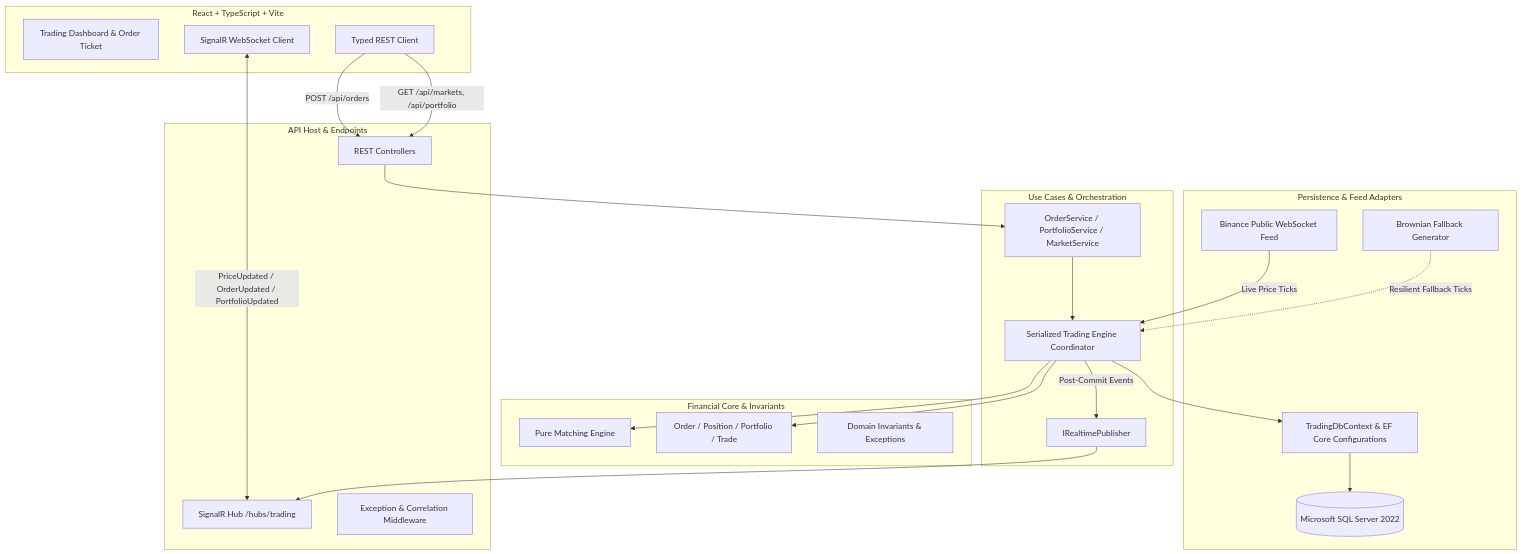
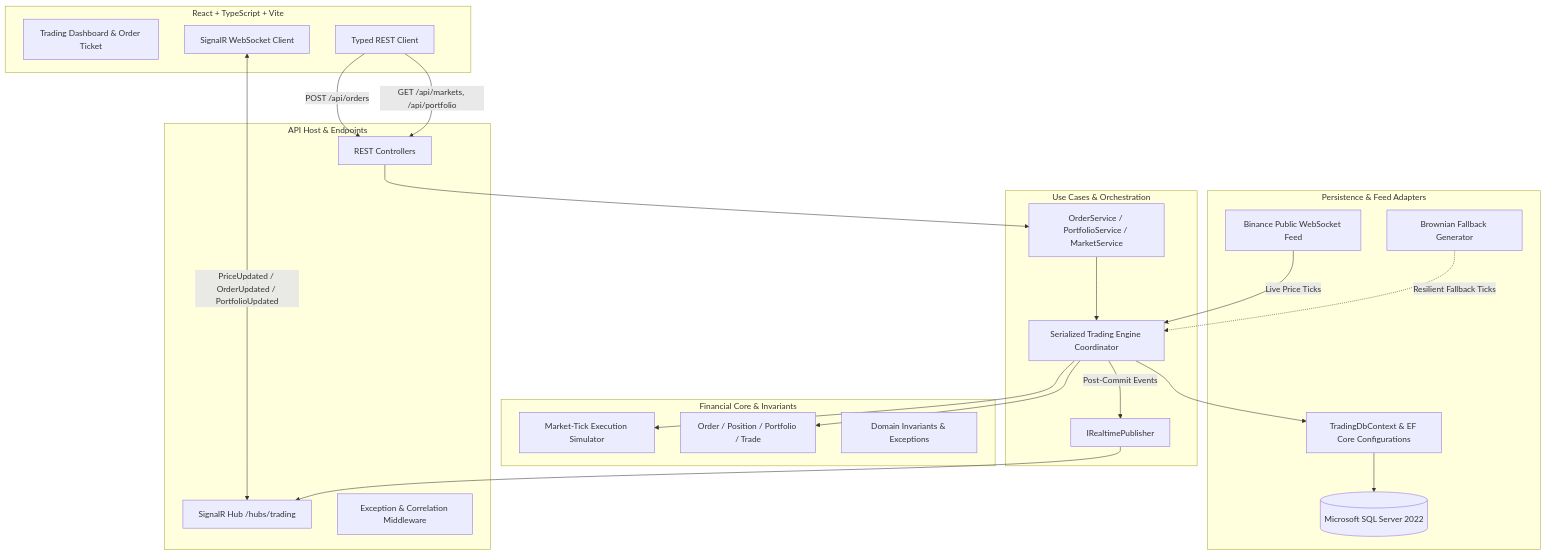
Before and after one commit to samimohameed/TechLead: the first of 4 diagrams in README.md, drawn with Mermaid. The commit also changed other lines of this file and 11 other files, not shown here.

Commit message:
fix(core): implement race-safe transactional idempotency with request hashing and clarify market-tick simulator semantics

````diff
--- a/README.md
+++ b/README.md
@@ -15,47 +15,47 @@
 ```mermaid
 graph TD
     subgraph Frontend [React + TypeScript + Vite]
         UI[Trading Dashboard & Order Ticket]
         SC[SignalR WebSocket Client]
         REST[Typed REST Client]
     end
 
     subgraph StockSquares.Api [API Host & Endpoints]
         CTRL[REST Controllers]
         HUB[SignalR Hub /hubs/trading]
         MID[Exception & Correlation Middleware]
     end
 
     subgraph StockSquares.Application [Use Cases & Orchestration]
         TE[Serialized Trading Engine Coordinator]
         SVC[OrderService / PortfolioService / MarketService]
         PUB[IRealtimePublisher]
     end
 
     subgraph StockSquares.Domain [Financial Core & Invariants]
-        ME[Pure Matching Engine]
+        ME[Market-Tick Execution Simulator]
         ENT[Order / Position / Portfolio / Trade]
         EXC[Domain Invariants & Exceptions]
     end
 
     subgraph StockSquares.Infrastructure [Persistence & Feed Adapters]
         EF[TradingDbContext & EF Core Configurations]
         SQL[(Microsoft SQL Server 2022)]
         BWS[Binance Public WebSocket Feed]
         MOCK[Brownian Fallback Generator]
     end
 
     REST -->|POST /api/orders| CTRL
     REST -->|GET /api/markets, /api/portfolio| CTRL
     SC <-->|PriceUpdated / OrderUpdated / PortfolioUpdated| HUB
     CTRL --> SVC
     SVC --> TE
     TE --> ME
     TE --> ENT
     TE --> EF
     EF --> SQL
     BWS -->|Live Price Ticks| TE
     MOCK -.->|Resilient Fallback Ticks| TE
     TE -->|Post-Commit Events| PUB
     PUB --> HUB
 ```
````
